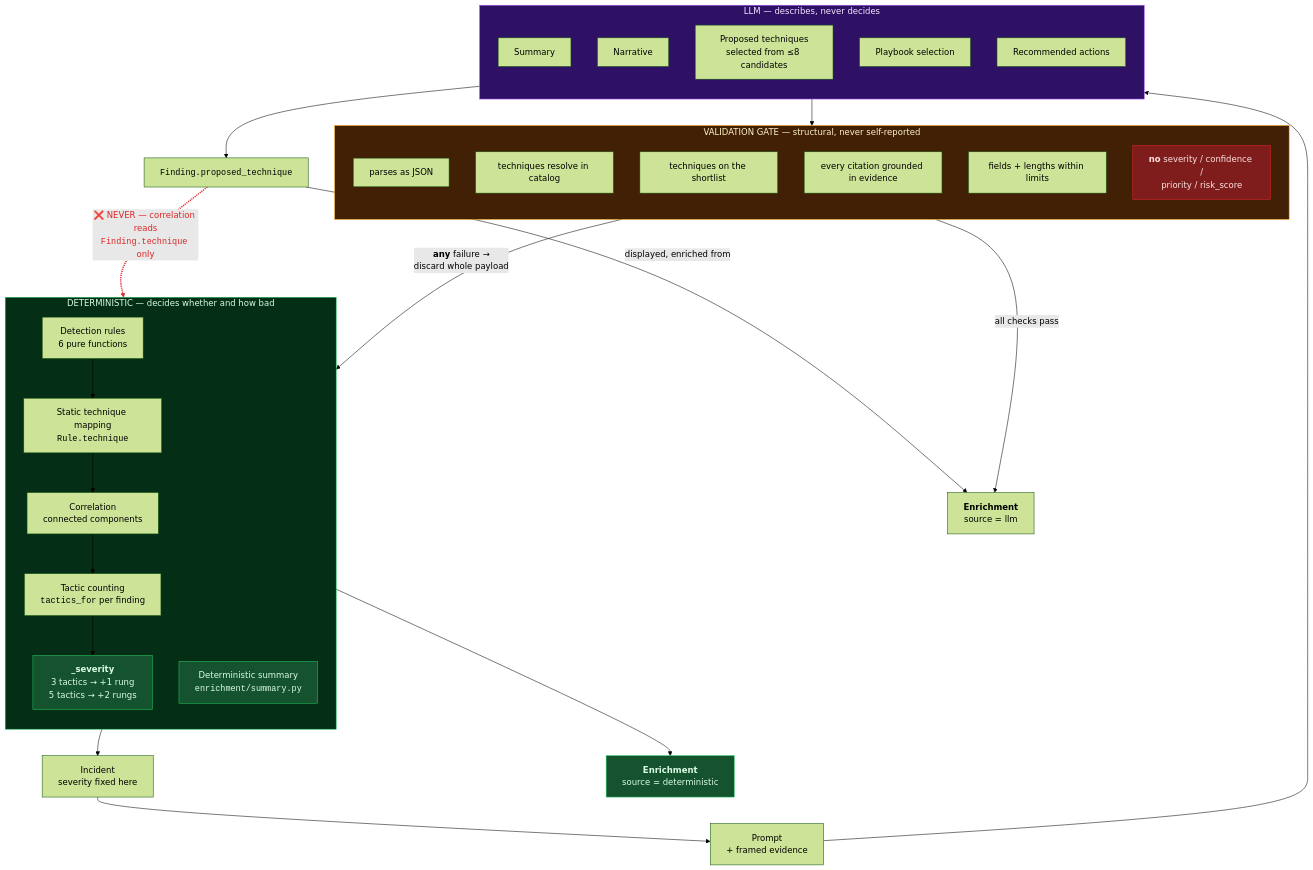
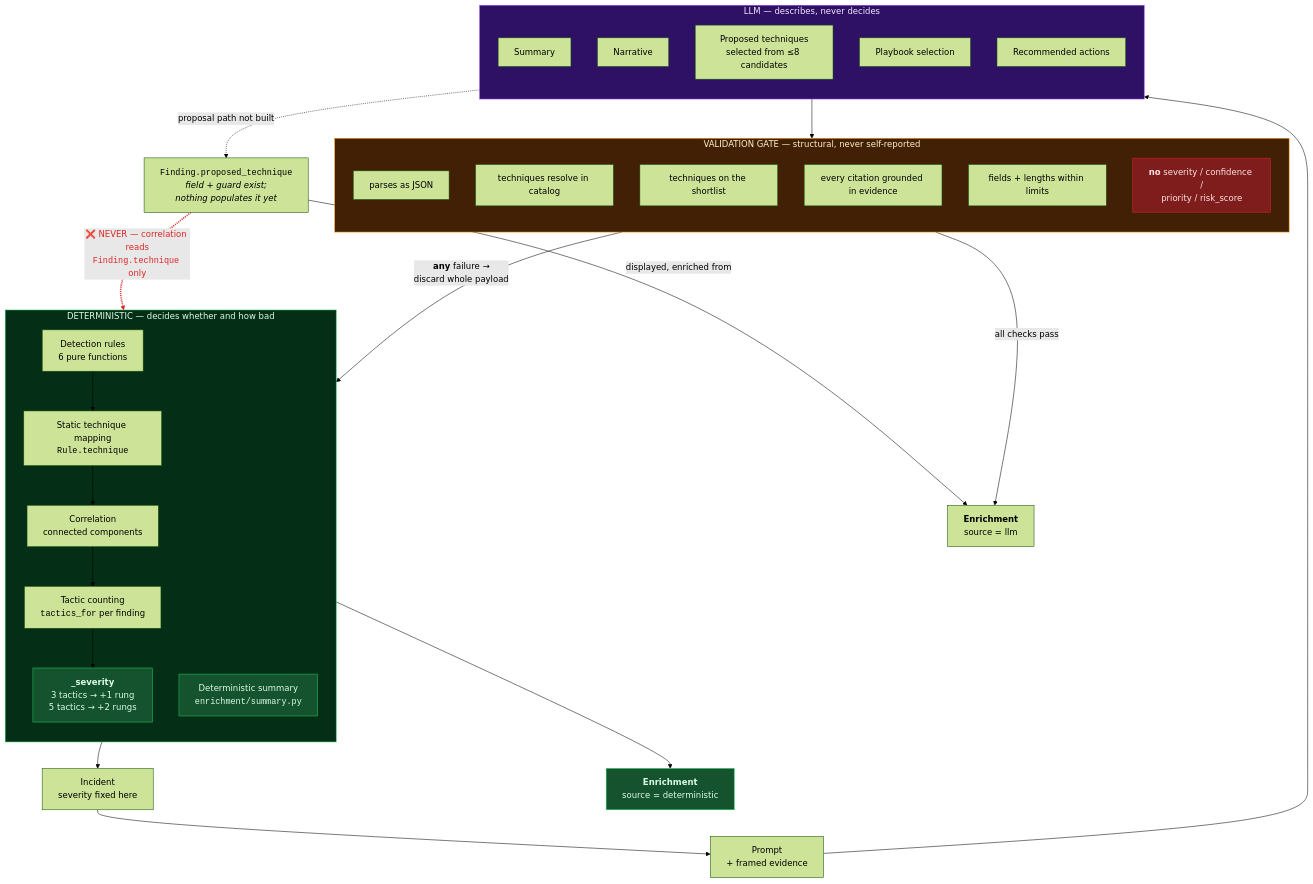
Before and after one commit to Johndenisnyagah/soc-triage: the second of 2 diagrams in ARCHITECTURE.md, drawn with Mermaid (forest theme). The commit also changed other lines of this file and 1 other file, not shown here.

````diff
--- a/ARCHITECTURE.md
+++ b/ARCHITECTURE.md
@@ -57,54 +57,54 @@
 ```mermaid
 flowchart TB
     subgraph DET["DETERMINISTIC — decides whether and how bad"]
         direction TB
         R["Detection rules<br/>6 pure functions"]
         SM["Static technique mapping<br/><code>Rule.technique</code>"]
         C["Correlation<br/>connected components"]
         T["Tactic counting<br/><code>tactics_for</code> per finding"]
         S["<b>_severity</b><br/>3 tactics → +1 rung<br/>5 tactics → +2 rungs"]
         DS["Deterministic summary<br/><code>enrichment/summary.py</code>"]
         R --> SM --> C --> T --> S
     end
 
     subgraph GATE["VALIDATION GATE — structural, never self-reported"]
         direction TB
         G1["parses as JSON"]
         G2["techniques resolve in catalog"]
         G3["techniques on the shortlist"]
         G4["every citation grounded in evidence"]
         G5["fields + lengths within limits"]
         G6["<b>no</b> severity / confidence /<br/>priority / risk_score"]
     end
 
     subgraph LLM["LLM — describes, never decides"]
         direction TB
         L1["Summary"]
         L2["Narrative"]
         L3["Proposed techniques<br/>selected from ≤8 candidates"]
         L4["Playbook selection"]
         L5["Recommended actions"]
     end
 
     S --> P["Incident<br/>severity fixed here"]
     P --> PR["Prompt<br/>+ framed evidence"]
     PR --> LLM
     LLM --> GATE
     GATE -->|"all checks pass"| ACC["<b>Enrichment</b><br/>source = llm"]
     GATE -->|"<b>any</b> failure →<br/>discard whole payload"| DS
     DS --> FALL["<b>Enrichment</b><br/>source = deterministic"]
 
-    PT["<code>Finding.proposed_technique</code>"]
-    L3 --> PT
+    PT["<code>Finding.proposed_technique</code><br/><i>field + guard exist;<br/>nothing populates it yet</i>"]
+    L3 -.->|"proposal path not built"| PT
     PT -.->|"❌ NEVER — correlation reads<br/><code>Finding.technique</code> only"| S
     PT -->|"displayed, enriched from"| ACC
 
     style DET fill:#052e16,stroke:#22c55e,color:#dcfce7
     style GATE fill:#422006,stroke:#f59e0b,color:#fef3c7
     style LLM fill:#2e1065,stroke:#a855f7,color:#f3e8ff
     style S fill:#14532d,stroke:#22c55e,color:#dcfce7
     style G6 fill:#7f1d1d,stroke:#dc2626,color:#fee2e2
     style DS fill:#14532d,stroke:#22c55e,color:#dcfce7
     style FALL fill:#14532d,stroke:#22c55e,color:#dcfce7
     linkStyle 12 stroke:#dc2626,stroke-width:3px,color:#dc2626
 ```
````
